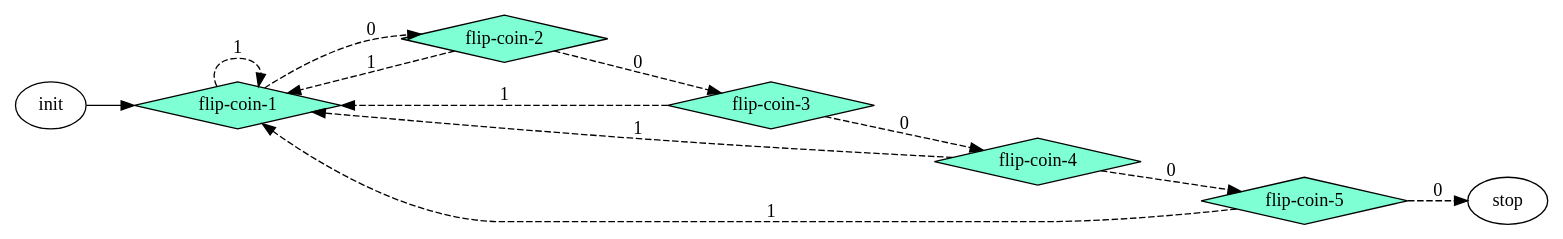
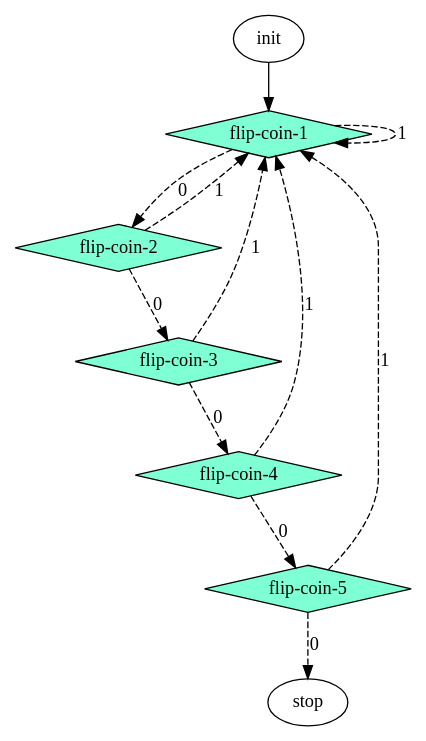
The diagram in docs/xml/flipcoins_2.dot (Mapoet/taskflow), drawn with Graphviz before and after one commit. The commit also changed 140 other files, not shown here.

```diff
--- a/docs/xml/flipcoins_2.dot
+++ b/docs/xml/flipcoins_2.dot
@@ -1,21 +1,21 @@
 digraph Taskflow {
 p0x7fa9a4803e30[label="init" ];
 p0x7fa9a4803e30 -> p0x7fa9a4803f50;
 p0x7fa9a4803f50[label="flip-coin-1" shape=diamond color=black fillcolor=aquamarine style=filled];
 p0x7fa9a4803f50 -> p0x7fa9a4804070 [style=dashed label="0"];
 p0x7fa9a4803f50 -> p0x7fa9a4803f50 [style=dashed label="1"];
 p0x7fa9a4804070[label="flip-coin-2" shape=diamond color=black fillcolor=aquamarine style=filled];
 p0x7fa9a4804070 -> p0x7fa9a4804190 [style=dashed label="0"];
 p0x7fa9a4804070 -> p0x7fa9a4803f50 [style=dashed label="1"];
 p0x7fa9a4804190[label="flip-coin-3" shape=diamond color=black fillcolor=aquamarine style=filled];
 p0x7fa9a4804190 -> p0x7fa9a48042b0 [style=dashed label="0"];
 p0x7fa9a4804190 -> p0x7fa9a4803f50 [style=dashed label="1"];
 p0x7fa9a48042b0[label="flip-coin-4" shape=diamond color=black fillcolor=aquamarine style=filled];
 p0x7fa9a48042b0 -> p0x7fa9a48043d0 [style=dashed label="0"];
 p0x7fa9a48042b0 -> p0x7fa9a4803f50 [style=dashed label="1"];
 p0x7fa9a48043d0[label="flip-coin-5" shape=diamond color=black fillcolor=aquamarine style=filled];
 p0x7fa9a48043d0 -> p0x7fa9a48044f0 [style=dashed label="0"];
 p0x7fa9a48043d0 -> p0x7fa9a4803f50 [style=dashed label="1"];
 p0x7fa9a48044f0[label="stop" ];
-rankdir="LR"
+rankdir="TB"
 }
```
